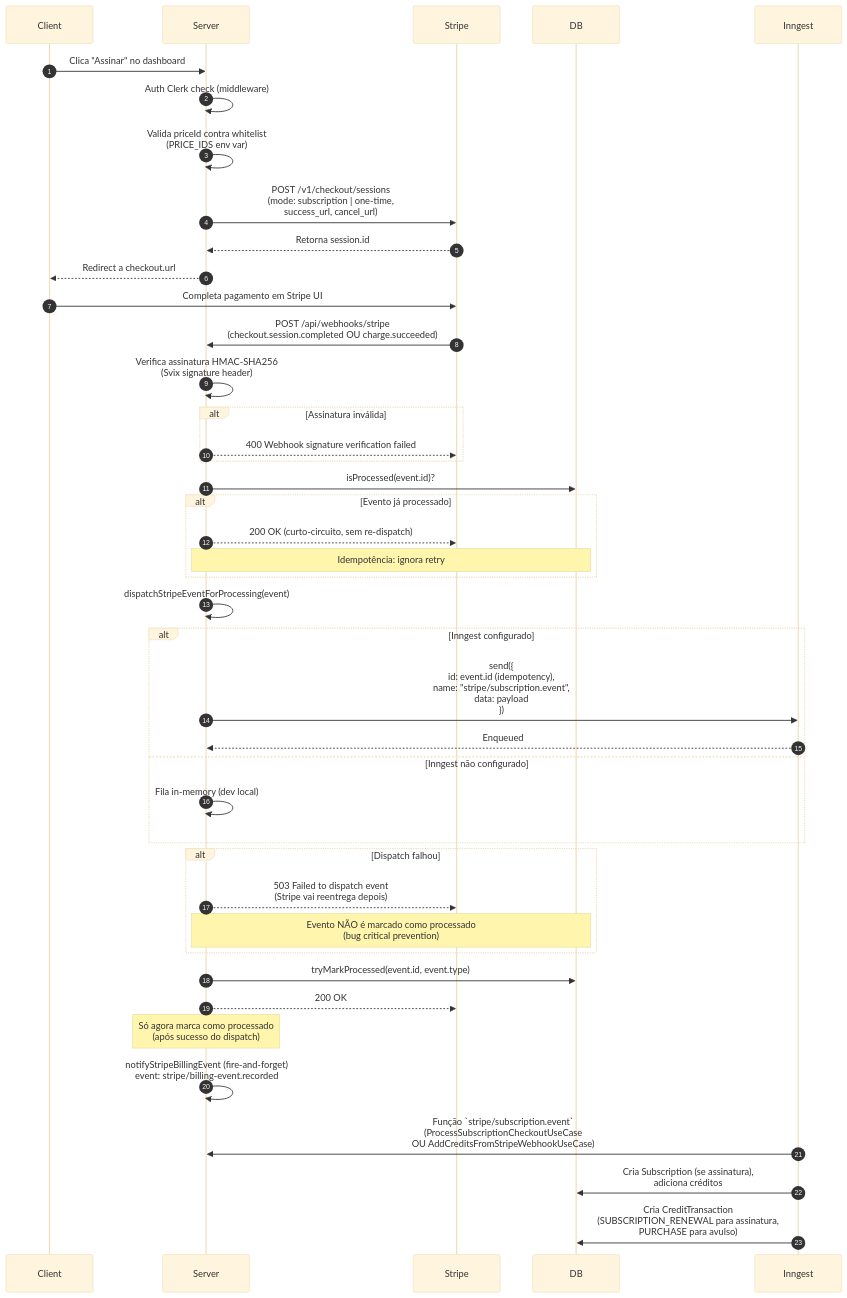
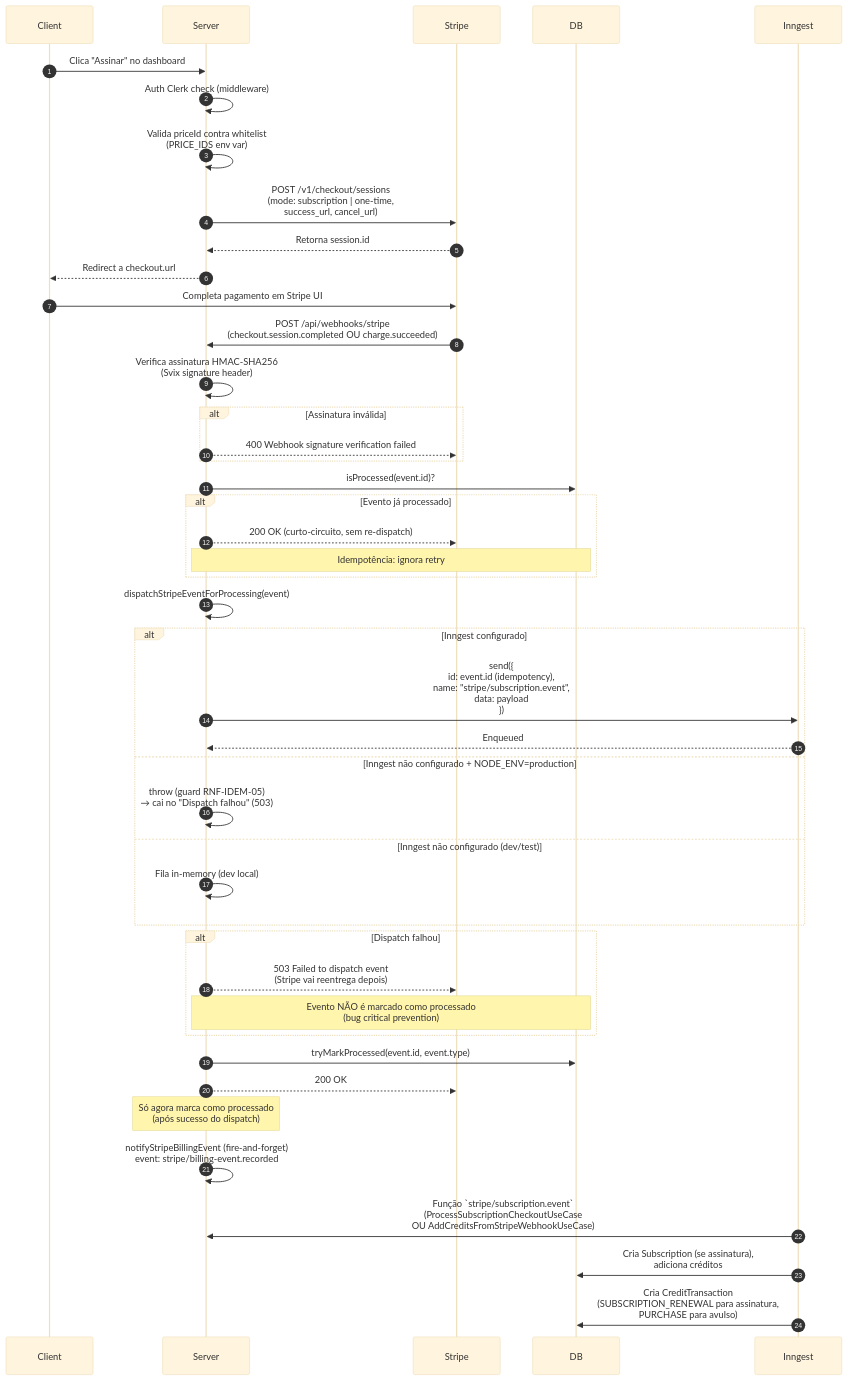
Before and after one commit to thuansilva/ai-podcast-clipper-saas: the first of 4 diagrams in docs/arquitetura/visao-fluxo-pagamento.md, drawn with Mermaid (base theme). The commit also changed other lines of this file and 101 other files, not shown here.

````diff
--- a/docs/arquitetura/visao-fluxo-pagamento.md
+++ b/docs/arquitetura/visao-fluxo-pagamento.md
@@ -17,39 +17,41 @@
 ```mermaid
 sequenceDiagram
     autonumber
     Client->>Server: Clica "Assinar" no dashboard
     Server->>Server: Auth Clerk check (middleware)
     Server->>Server: Valida priceId contra whitelist<br/>(PRICE_IDS env var)
     Server->>Stripe: POST /v1/checkout/sessions<br/>(mode: subscription | one-time,<br/>success_url, cancel_url)
     Stripe-->>Server: Retorna session.id
     Server-->>Client: Redirect a checkout.url
     Client->>Stripe: Completa pagamento em Stripe UI
     Stripe->>Server: POST /api/webhooks/stripe<br/>(checkout.session.completed OU charge.succeeded)
     Server->>Server: Verifica assinatura HMAC-SHA256<br/>(Svix signature header)
     alt Assinatura inválida
         Server-->>Stripe: 400 Webhook signature verification failed
     end
     Server->>DB: isProcessed(event.id)?
     alt Evento já processado
         Server-->>Stripe: 200 OK (curto-circuito, sem re-dispatch)
         Note over Server,DB: Idempotência: ignora retry
     end
     Server->>Server: dispatchStripeEventForProcessing(event)
     alt Inngest configurado
         Server->>Inngest: send({<br/>  id: event.id (idempotency),<br/>  name: "stripe/subscription.event",<br/>  data: payload<br/>})
         Inngest-->>Server: Enqueued
-    else Inngest não configurado
+    else Inngest não configurado + NODE_ENV=production
+        Server->>Server: throw (guard RNF-IDEM-05)<br/>→ cai no "Dispatch falhou" (503)
+    else Inngest não configurado (dev/test)
         Server->>Server: Fila in-memory (dev local)
     end
     alt Dispatch falhou
         Server-->>Stripe: 503 Failed to dispatch event<br/>(Stripe vai reentrega depois)
         Note over Server,DB: Evento NÃO é marcado como processado<br/>(bug critical prevention)
     end
     Server->>DB: tryMarkProcessed(event.id, event.type)
     Server-->>Stripe: 200 OK
     Note over Server: Só agora marca como processado<br/>(após sucesso do dispatch)
     Server->>Server: notifyStripeBillingEvent (fire-and-forget)<br/>event: stripe/billing-event.recorded
     Inngest->>Server: Função `stripe/subscription.event`<br/>(ProcessSubscriptionCheckoutUseCase<br/>OU AddCreditsFromStripeWebhookUseCase)
     Inngest->>DB: Cria Subscription (se assinatura),<br/>adiciona créditos
     Inngest->>DB: Cria CreditTransaction<br/>(SUBSCRIPTION_RENEWAL para assinatura,<br/>PURCHASE para avulso)
 ```
````
